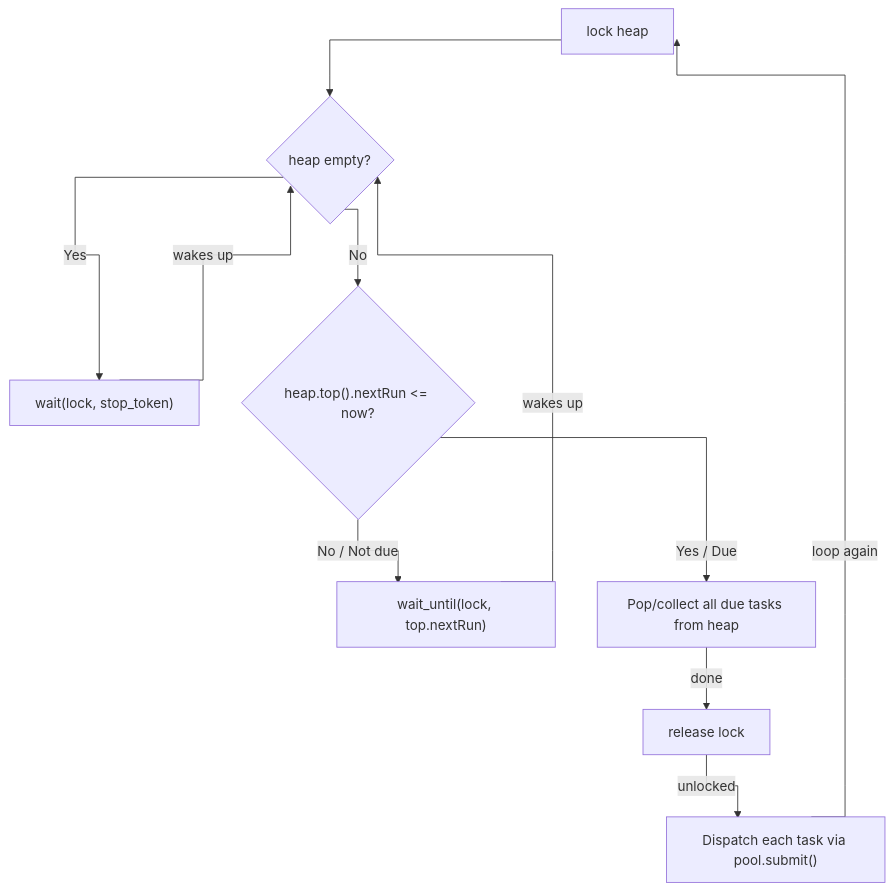
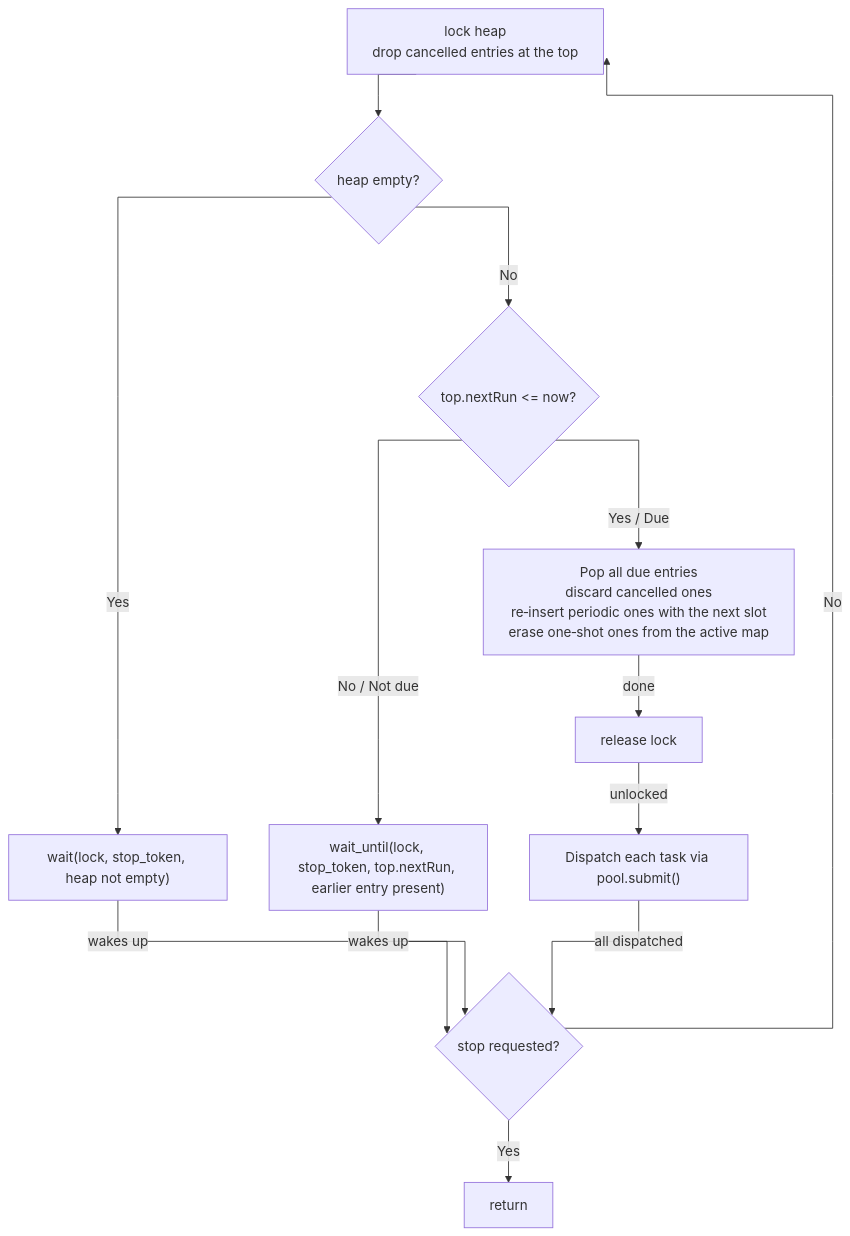
One commit to lasser-j/sysmon changed the diagram in docs/adr/ADR-0004-scheduler-design.md. Above: the diagram before and after it, drawn with Mermaid. The commit also changed other lines of this file and 1 other file, not shown here.

````diff
--- a/docs/adr/ADR-0004-scheduler-design.md
+++ b/docs/adr/ADR-0004-scheduler-design.md
@@ -43,23 +57,26 @@
 ```mermaid
 %%{init: {'flowchart': {'curve': 'stepAfter'}}}%%
 flowchart TD
-    LH["lock heap"]
+    LH["lock&nbsp;heap\ndrop&nbsp;cancelled&nbsp;entries&nbsp;at&nbsp;the&nbsp;top"]
     HE{"heap empty?"}
-    WT["wait(lock, stop_token)"]
-    CD{"heap.top().nextRun <= now?"}
-    WU["wait_until(lock, top.nextRun)"]
-    PT["Pop/collect all due tasks from heap"]
+    WT["wait(lock, stop_token, heap not empty)"]
+    CD{"top.nextRun &lt;= now?"}
+    WU["wait_until(lock, stop_token, top.nextRun, earlier entry present)"]
+    PT["Pop&nbsp;all&nbsp;due&nbsp;entries\ndiscard&nbsp;cancelled&nbsp;ones\nre#8209;insert&nbsp;periodic&nbsp;ones&nbsp;with&nbsp;the&nbsp;next&nbsp;slot\nerase&nbsp;one#8209;shot&nbsp;ones&nbsp;from&nbsp;the&nbsp;active&nbsp;map"]
     RL["release lock"]
+    SR{"stop requested?"}
     DP["Dispatch each task via pool.submit()"]
 
     LH --> HE
     HE -->|"Yes"| WT
-    WT -->|"wakes up"| HE
+    WT -->|"wakes up"| SR
     HE -->|"No"| CD
     CD -->|"No / Not due"| WU
-    WU -->|"wakes up"| HE
+    WU -->|"wakes up"| SR
     CD -->|"Yes / Due"| PT
     PT -->|"done"| RL
     RL -->|"unlocked"| DP
-    DP -->|"loop again"| LH
+    DP -->|"all dispatched"| SR
+    SR -->|"No"| LH
+    SR -->|"Yes"| EX["return"]
 ```
````
